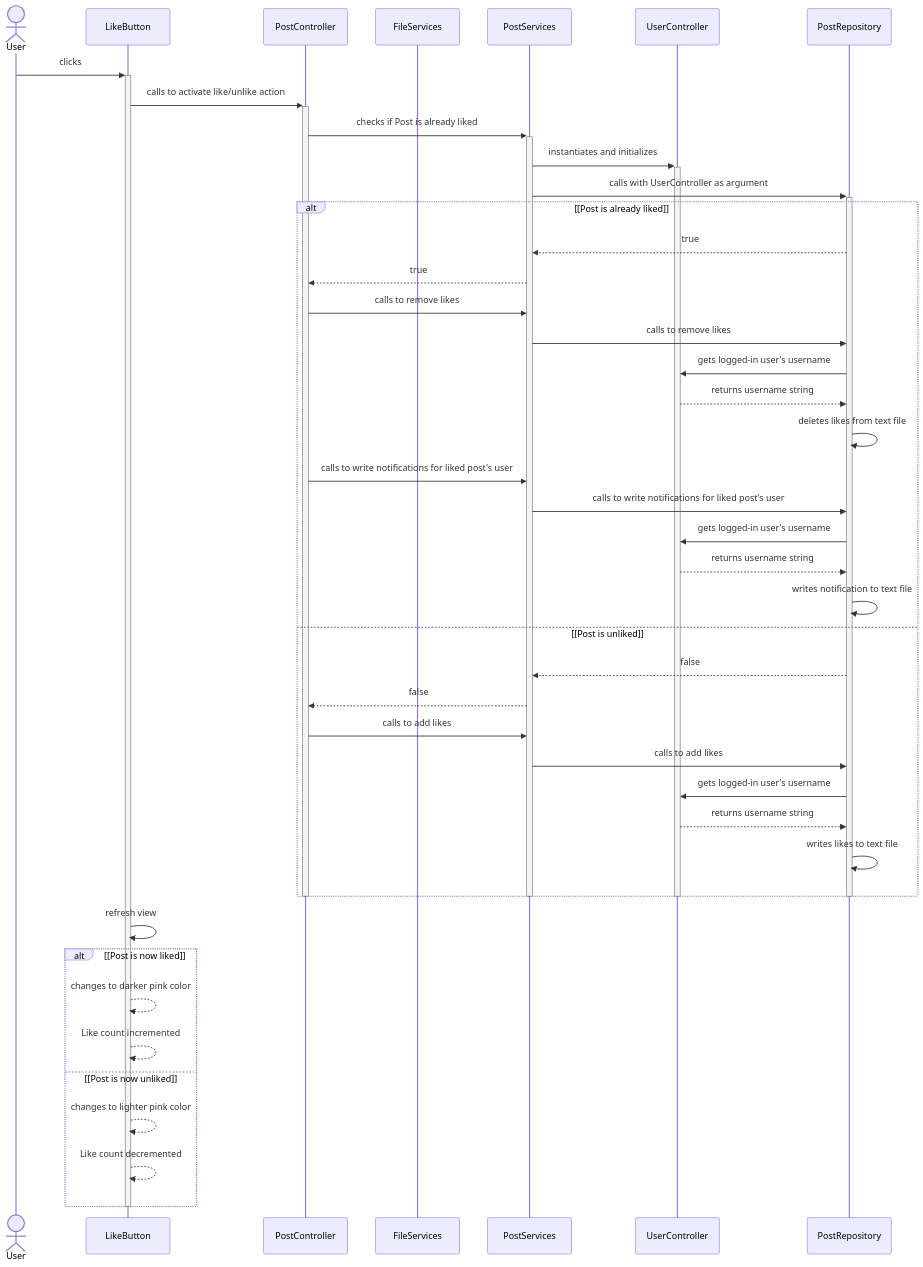
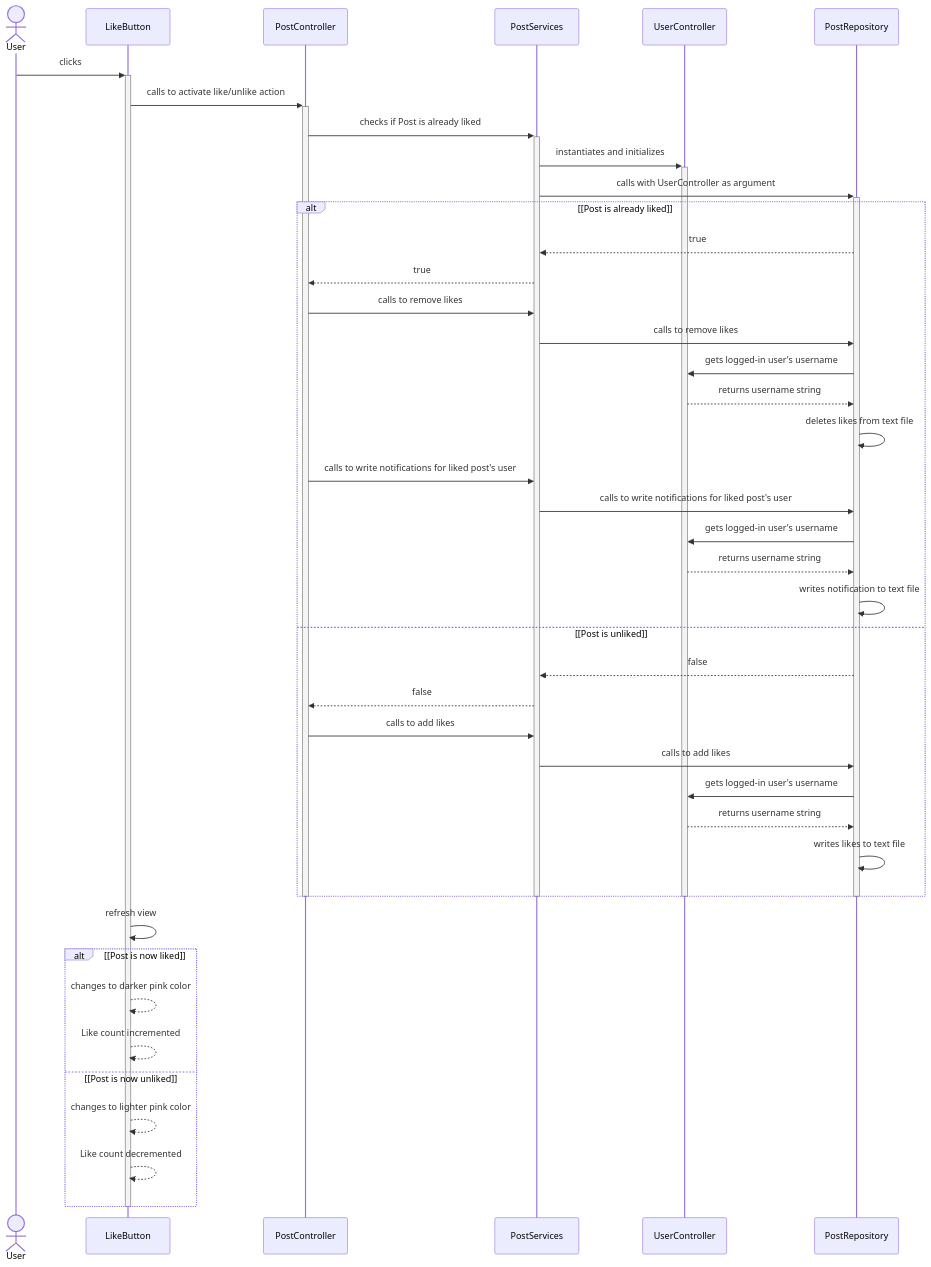
The diagram in SequenceDiagramRefactoredCode.md (aconCS/Quackstagram), drawn with Mermaid before and after one commit.

````diff
--- a/SequenceDiagramRefactoredCode.md
+++ b/SequenceDiagramRefactoredCode.md
@@ -1,52 +1,51 @@
 ```mermaid
 sequenceDiagram
 
 actor User
 
 participant LikeButton
 participant PostController
-participant FileServices
 
 User ->>+ LikeButton : clicks
 LikeButton ->>+ PostController : calls to activate like/unlike action
 PostController ->>+ PostServices : checks if Post is already liked
 PostServices ->>+ UserController : instantiates and initializes
 PostServices ->>+ PostRepository : calls with UserController as argument
 alt [Post is already liked]
     PostRepository -->> PostServices : true
     PostServices -->> PostController : true
     PostController ->> PostServices : calls to remove likes
     PostServices ->> PostRepository : calls to remove likes
     PostRepository ->> UserController : gets logged-in user's username
     UserController -->> PostRepository : returns username string
     PostRepository ->> PostRepository : deletes likes from text file
     PostController ->> PostServices : calls to write notifications for liked post's user
     PostServices ->> PostRepository: calls to write notifications for liked post's user
     PostRepository ->> UserController: gets logged-in user's username
     UserController -->> PostRepository: returns username string
     PostRepository ->> PostRepository: writes notification to text file
 else [Post is unliked]
     PostRepository -->> PostServices : false
     PostServices -->> PostController : false
     PostController ->> PostServices : calls to add likes
     PostServices ->> PostRepository : calls to add likes
     PostRepository ->> UserController : gets logged-in user's username
     UserController -->> PostRepository : returns username string
     PostRepository ->> PostRepository : writes likes to text file
 end
 
 deactivate PostController
 deactivate PostServices
 deactivate PostRepository
 deactivate UserController
 
 LikeButton ->> LikeButton : refresh view
 alt [Post is now liked]
     LikeButton -->> LikeButton : changes to darker pink color
     LikeButton -->> LikeButton : Like count incremented
 else [Post is now unliked]
     LikeButton -->> LikeButton : changes to lighter pink color
     LikeButton -->> LikeButton : Like count decremented
 end
 deactivate LikeButton
 ```
````
